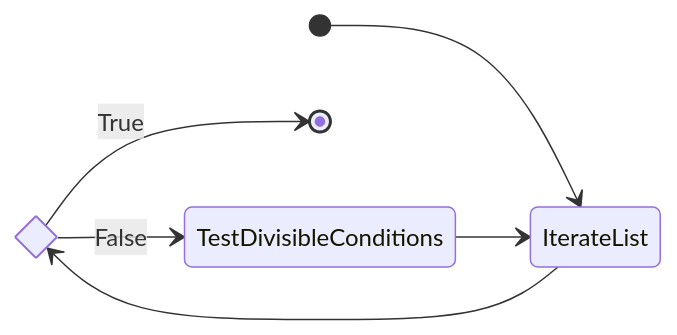
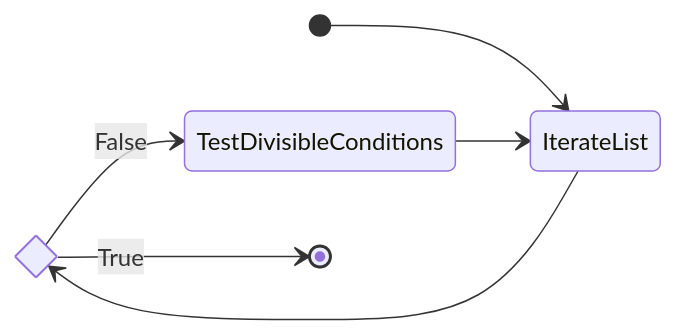
One commit to carteras/IT-CBR changed the eighth of 9 diagrams in cookbook/SDLC/Boxes and Arrows/boxes_and_arrows_fun.md. Above: the diagram before and after it, drawn with Mermaid.

````diff
--- a/cookbook/SDLC/Boxes and Arrows/boxes_and_arrows_fun.md
+++ b/cookbook/SDLC/Boxes and Arrows/boxes_and_arrows_fun.md
@@ -117,10 +117,10 @@
 ```mermaid
   stateDiagram
     direction LR
       state list_finished <<choice>>
       [*] --> IterateList
       IterateList --> list_finished
+      list_finished --> TestDivisibleConditions: False
+      TestDivisibleConditions --> IterateList  
       list_finished --> [*]: True
-      list_finished --> TestDivisibleConditions: False
-      TestDivisibleConditions --> IterateList    
 ```
````
